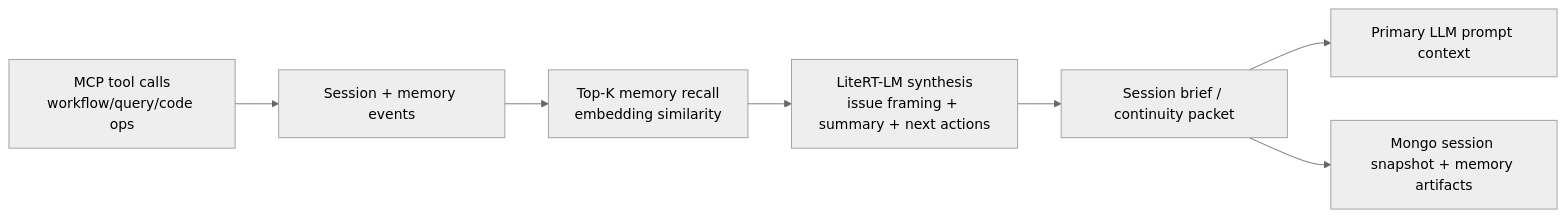
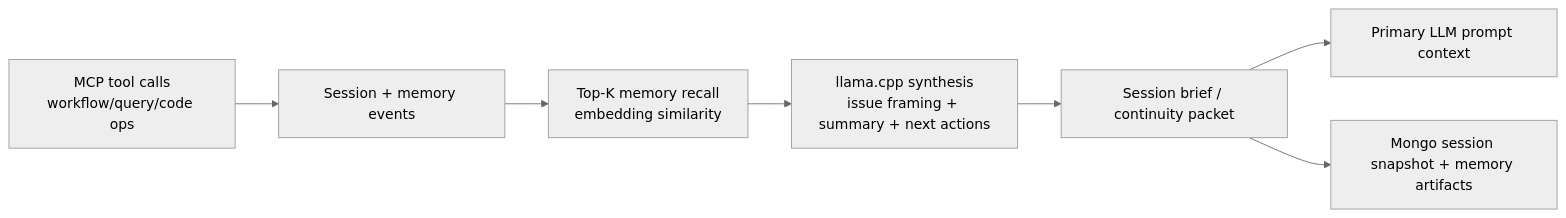
One commit to hiimtrung/minder changed the seventh of 9 diagrams in docs/architecture/system-design.md. Above: the diagram before and after it, drawn with Mermaid (neutral theme). The commit also changed other lines of this file and 28 other files, not shown here.

Commit message:
refactor: replace LiteRT-LM and FastEmbed with llama-cpp-python for unified GGUF-based local inference

````diff
--- a/docs/architecture/system-design.md
+++ b/docs/architecture/system-design.md
@@ -310,9 +310,9 @@
 ```mermaid
 flowchart LR
     ToolCalls["MCP tool calls<br/>workflow/query/code ops"] --> EventLog["Session + memory events"]
     EventLog --> Recall["Top-K memory recall<br/>embedding similarity"]
-    Recall --> Synth["LiteRT-LM synthesis<br/>issue framing + summary + next actions"]
+    Recall --> Synth["llama.cpp synthesis<br/>issue framing + summary + next actions"]
     Synth --> Brief["Session brief / continuity packet"]
     Brief --> Primary["Primary LLM prompt context"]
     Brief --> Store["Mongo session snapshot + memory artifacts"]
 ```
````
